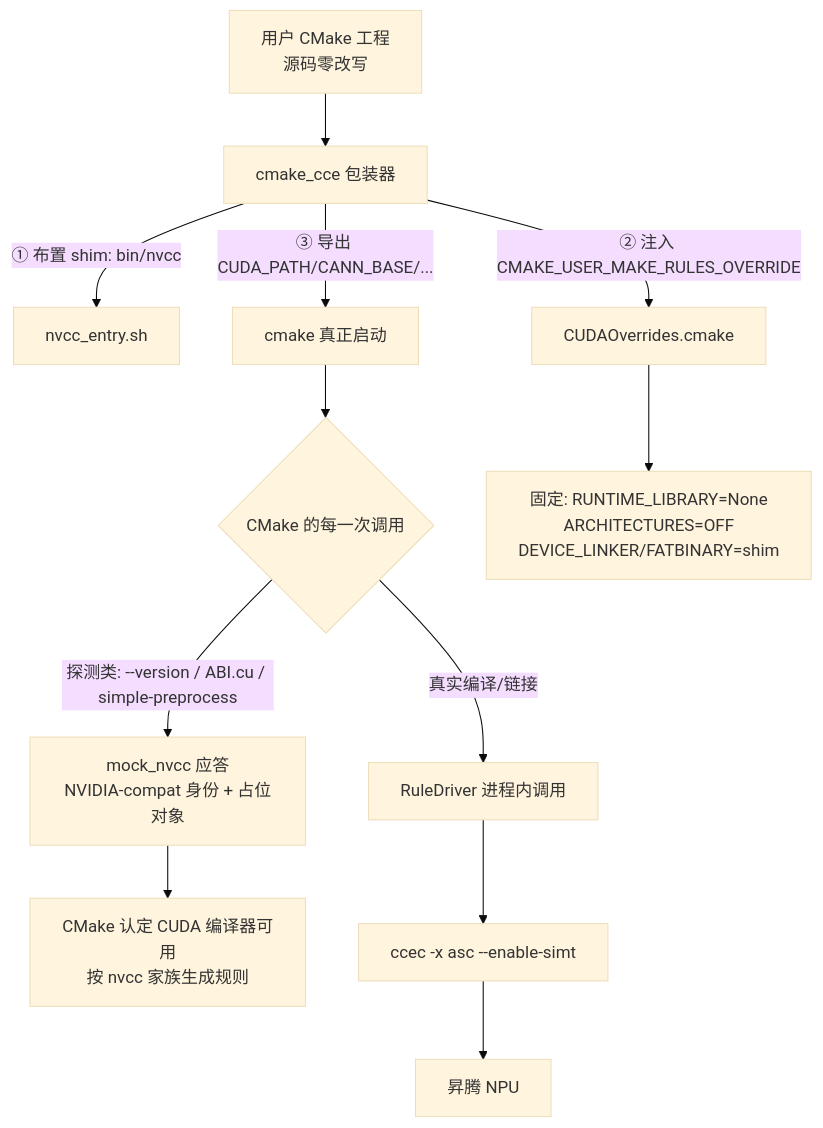
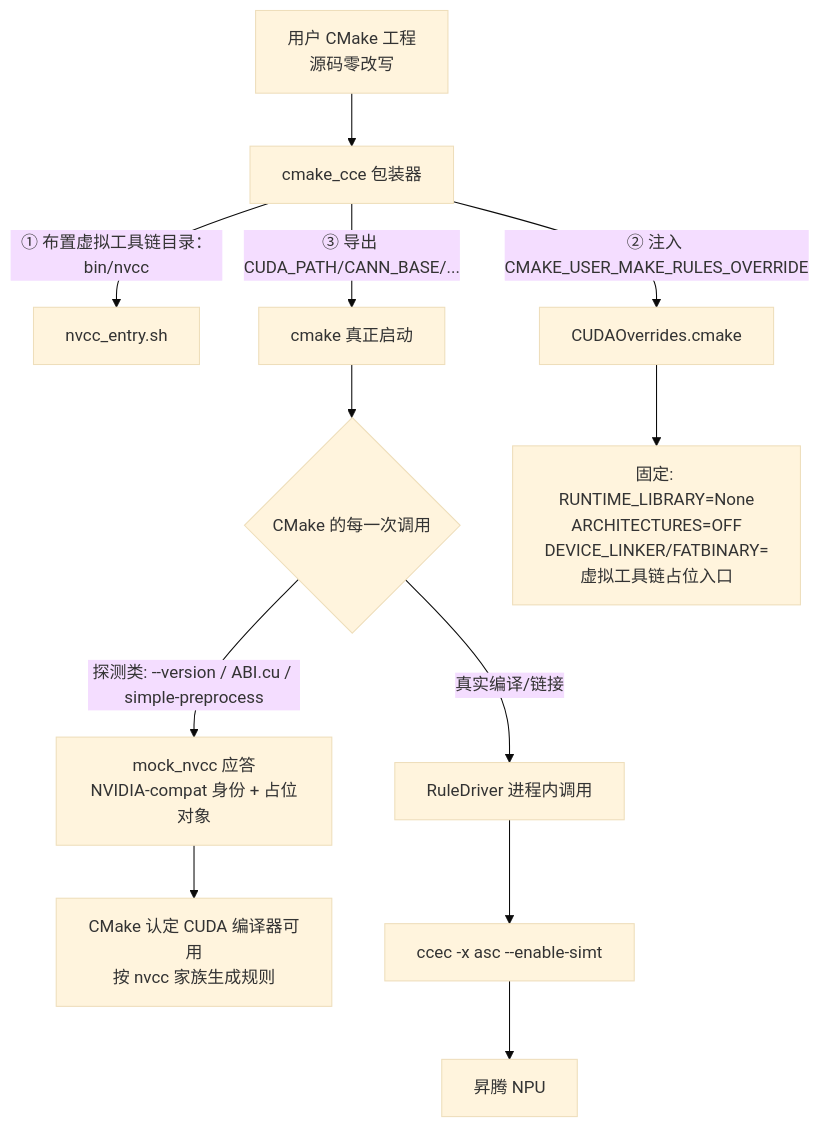
One commit to tmchao7/cu2cce-bridge changed the first of 2 diagrams in docs/01_架构设计/06_cmake_principle_flow.md. Above: the diagram before and after it, drawn with Mermaid (base theme). The commit also changed other lines of this file and 3 other files, not shown here.

````diff
--- a/docs/01_架构设计/06_cmake_principle_flow.md
+++ b/docs/01_架构设计/06_cmake_principle_flow.md
@@ -79,14 +79,14 @@
 ```mermaid
 graph TD
     A[用户 CMake 工程<br/>源码零改写] --> B[cmake_cce 包装器]
-    B -->|① 布置 shim: bin/nvcc| C[nvcc_entry.sh]
+    B -->|① 布置虚拟工具链目录：bin/nvcc| C[nvcc_entry.sh]
     B -->|② 注入 CMAKE_USER_MAKE_RULES_OVERRIDE| D[CUDAOverrides.cmake]
     B -->|③ 导出 CUDA_PATH/CANN_BASE/...| E[cmake 真正启动]
     E --> F{CMake 的每一次调用}
     F -->|探测类: --version / ABI.cu / simple-preprocess| G[mock_nvcc 应答<br/>NVIDIA-compat 身份 + 占位对象]
     F -->|真实编译/链接| H[RuleDriver 进程内调用]
     G --> I[CMake 认定 CUDA 编译器可用<br/>按 nvcc 家族生成规则]
     H --> J[ccec -x asc --enable-simt]
-    D --> K[固定: RUNTIME_LIBRARY=None<br/>ARCHITECTURES=OFF<br/>DEVICE_LINKER/FATBINARY=shim]
+    D --> K[固定: RUNTIME_LIBRARY=None<br/>ARCHITECTURES=OFF<br/>DEVICE_LINKER/FATBINARY=虚拟工具链占位入口]
     J --> L[昇腾 NPU]
 ```
````
